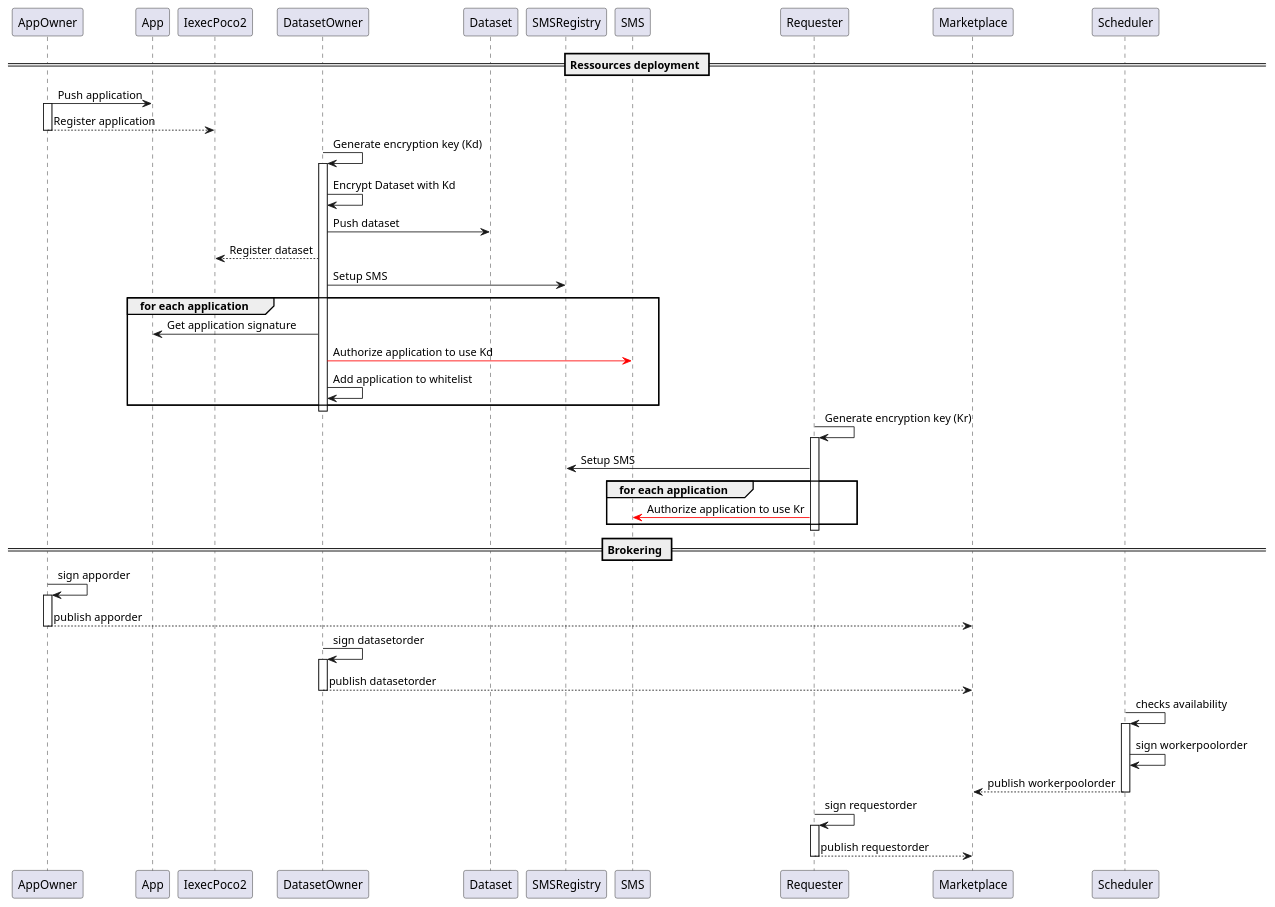
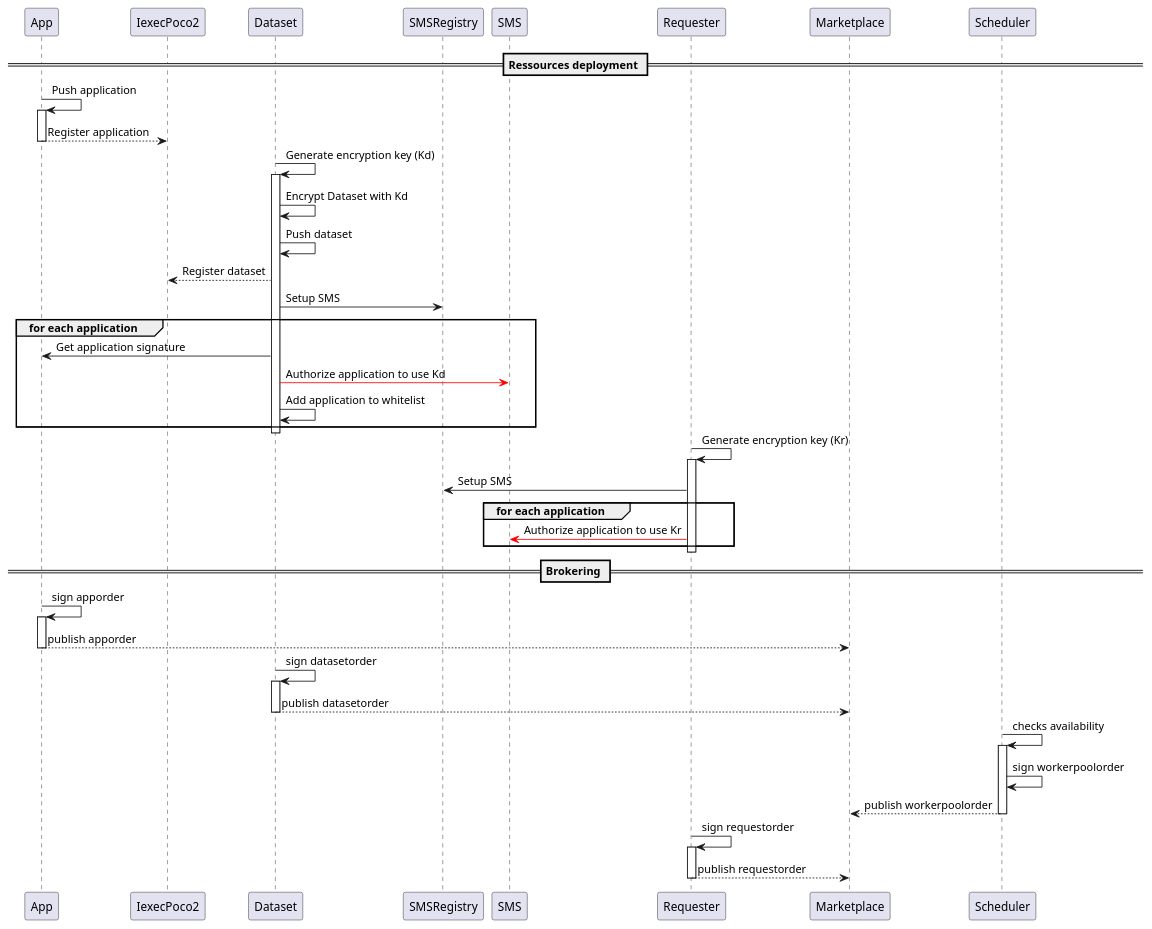
One commit to iExecBlockchainComputing/PoCo changed the diagram in uml/workflow-ODB-1b-publish-orders-TEE.puml. Above: the diagram before and after it, drawn with PlantUML. The commit also changed 2 other files, not shown here.

```diff
--- a/uml/workflow-ODB-1b-publish-orders-TEE.puml
+++ b/uml/workflow-ODB-1b-publish-orders-TEE.puml
@@ -1,54 +1,54 @@
 @startuml
 
 == Ressources deployment ==
 
-AppOwner -> App : Push application
-activate AppOwner
-AppOwner --> IexecPoco2 : Register application
-deactivate AppOwner
+App -> App : Push application
+activate App
+App --> IexecPoco2 : Register application
+deactivate App
 
-DatasetOwner -> DatasetOwner : Generate encryption key (Kd)
-activate DatasetOwner
-DatasetOwner -> DatasetOwner : Encrypt Dataset with Kd
-DatasetOwner -> Dataset : Push dataset
-DatasetOwner --> IexecPoco2 : Register dataset
-DatasetOwner -> SMSRegistry : Setup SMS
+Dataset -> Dataset : Generate encryption key (Kd)
+activate Dataset
+Dataset -> Dataset : Encrypt Dataset with Kd
+Dataset -> Dataset : Push dataset
+Dataset --> IexecPoco2 : Register dataset
+Dataset -> SMSRegistry : Setup SMS
 group for each application
-	DatasetOwner -> App : Get application signature
-	DatasetOwner -[#red]> SMS : Authorize application to use Kd
-	DatasetOwner -> DatasetOwner : Add application to whitelist
+	Dataset -> App : Get application signature
+	Dataset -[#red]> SMS : Authorize application to use Kd
+	Dataset -> Dataset : Add application to whitelist
 end
-deactivate DatasetOwner
+deactivate Dataset
 
 Requester -> Requester : Generate encryption key (Kr)
 activate Requester
 Requester -> SMSRegistry : Setup SMS
 group for each application
 	Requester -[#red]> SMS: Authorize application to use Kr
 end
 deactivate Requester
 
 == Brokering ==
 
-AppOwner -> AppOwner : sign apporder
-activate AppOwner
-AppOwner --> Marketplace : publish apporder
-deactivate AppOwner
+App -> App : sign apporder
+activate App
+App --> Marketplace : publish apporder
+deactivate App
 
-DatasetOwner -> DatasetOwner : sign datasetorder
-activate DatasetOwner
-DatasetOwner --> Marketplace : publish datasetorder
-deactivate DatasetOwner
+Dataset -> Dataset : sign datasetorder
+activate Dataset
+Dataset --> Marketplace : publish datasetorder
+deactivate Dataset
 
 Scheduler -> Scheduler : checks availability
 activate Scheduler
 Scheduler -> Scheduler : sign workerpoolorder
 Scheduler --> Marketplace : publish workerpoolorder
 deactivate Scheduler
 
 Requester -> Requester : sign requestorder
 activate Requester
 Requester --> Marketplace : publish requestorder
 deactivate Requester
 
 @enduml
```
